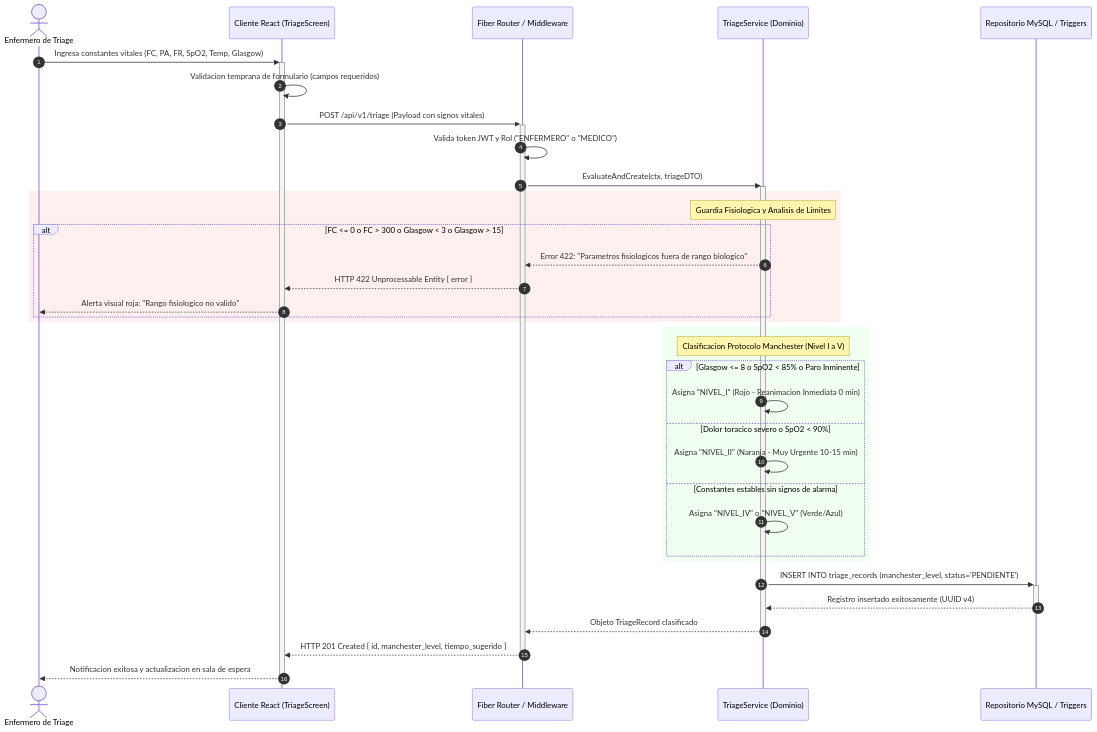
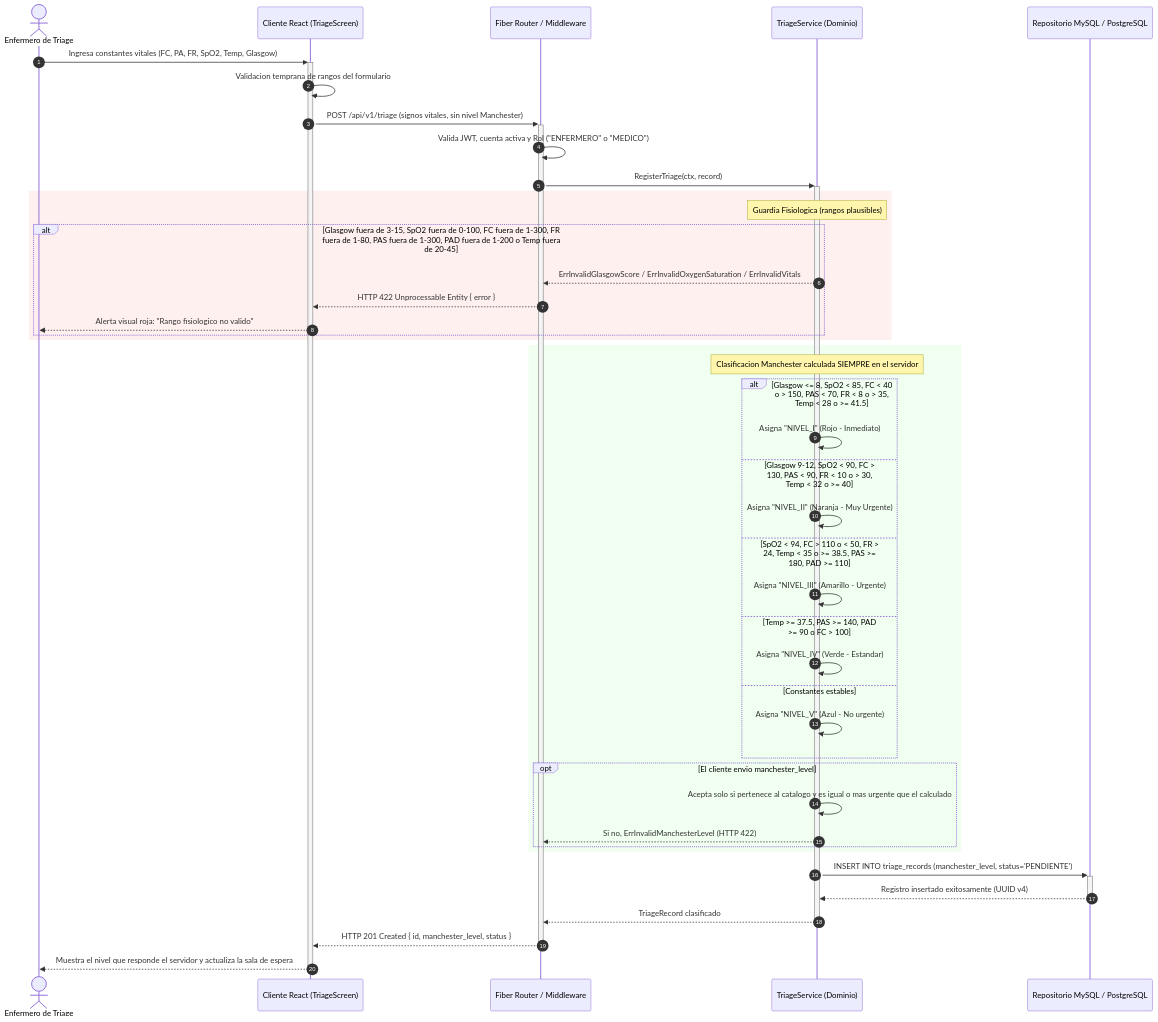
The diagram in docs/diagrams/04_secuencia_triaje.mmd (ThiagoVelez/Proyecto_felipe), drawn with Mermaid before and after one commit. The commit also changed other lines of this file and 39 other files, not shown here.

First line of the commit message:
docs: actualizar readme, documentos tecnicos y diagramas tras la auditoria de seguridad

```diff
--- a/docs/diagrams/04_secuencia_triaje.mmd
+++ b/docs/diagrams/04_secuencia_triaje.mmd
@@ -1,39 +1,47 @@
 sequenceDiagram
     autonumber
     actor Enfermero as Enfermero de Triage
     participant Frontend as Cliente React (TriageScreen)
     participant API as Fiber Router / Middleware
     participant Service as TriageService (Dominio)
-    participant DB as Repositorio MySQL / Triggers
+    participant DB as Repositorio MySQL / PostgreSQL
 
     Enfermero->>+Frontend: Ingresa constantes vitales (FC, PA, FR, SpO2, Temp, Glasgow)
-    Frontend->>Frontend: Validacion temprana de formulario (campos requeridos)
-    Frontend->>+API: POST /api/v1/triage (Payload con signos vitales)
-    API->>API: Valida token JWT y Rol ("ENFERMERO" o "MEDICO")
-    API->>+Service: EvaluateAndCreate(ctx, triageDTO)
+    Frontend->>Frontend: Validacion temprana de rangos del formulario
+    Frontend->>+API: POST /api/v1/triage (signos vitales, sin nivel Manchester)
+    API->>API: Valida JWT, cuenta activa y Rol ("ENFERMERO" o "MEDICO")
+    API->>+Service: RegisterTriage(ctx, record)
 
     rect rgb(255, 240, 240)
-        Note over Service: Guardia Fisiologica y Analisis de Limites
-        alt FC <= 0 o FC > 300 o Glasgow < 3 o Glasgow > 15
-            Service-->>API: Error 422: "Parametros fisiologicos fuera de rango biologico"
+        Note over Service: Guardia Fisiologica (rangos plausibles)
+        alt Glasgow fuera de 3-15, SpO2 fuera de 0-100, FC fuera de 1-300, FR fuera de 1-80, PAS fuera de 1-300, PAD fuera de 1-200 o Temp fuera de 20-45
+            Service-->>API: ErrInvalidGlasgowScore / ErrInvalidOxygenSaturation / ErrInvalidVitals
             API-->>Frontend: HTTP 422 Unprocessable Entity { error }
             Frontend-->>Enfermero: Alerta visual roja: "Rango fisiologico no valido"
         end
     end
 
     rect rgb(240, 255, 240)
-        Note over Service: Clasificacion Protocolo Manchester (Nivel I a V)
-        alt Glasgow <= 8 o SpO2 < 85% o Paro Inminente
-            Service->>Service: Asigna "NIVEL_I" (Rojo - Reanimacion Inmediata 0 min)
-        else Dolor toracico severo o SpO2 < 90%
-            Service->>Service: Asigna "NIVEL_II" (Naranja - Muy Urgente 10-15 min)
-        else Constantes estables sin signos de alarma
-            Service->>Service: Asigna "NIVEL_IV" o "NIVEL_V" (Verde/Azul)
+        Note over Service: Clasificacion Manchester calculada SIEMPRE en el servidor
+        alt Glasgow <= 8, SpO2 < 85, FC < 40 o > 150, PAS < 70, FR < 8 o > 35, Temp < 28 o >= 41.5
+            Service->>Service: Asigna "NIVEL_I" (Rojo - Inmediato)
+        else Glasgow 9-12, SpO2 < 90, FC > 130, PAS < 90, FR < 10 o > 30, Temp < 32 o >= 40
+            Service->>Service: Asigna "NIVEL_II" (Naranja - Muy Urgente)
+        else SpO2 < 94, FC > 110 o < 50, FR > 24, Temp < 35 o >= 38.5, PAS >= 180, PAD >= 110
+            Service->>Service: Asigna "NIVEL_III" (Amarillo - Urgente)
+        else Temp >= 37.5, PAS >= 140, PAD >= 90 o FC > 100
+            Service->>Service: Asigna "NIVEL_IV" (Verde - Estandar)
+        else Constantes estables
+            Service->>Service: Asigna "NIVEL_V" (Azul - No urgente)
+        end
+        opt El cliente envio manchester_level
+            Service->>Service: Acepta solo si pertenece al catalogo y es igual o mas urgente que el calculado
+            Service-->>API: Si no, ErrInvalidManchesterLevel (HTTP 422)
         end
     end
 
     Service->>+DB: INSERT INTO triage_records (manchester_level, status='PENDIENTE')
     DB-->>-Service: Registro insertado exitosamente (UUID v4)
-    Service-->>-API: Objeto TriageRecord clasificado
-    API-->>-Frontend: HTTP 201 Created { id, manchester_level, tiempo_sugerido }
-    Frontend-->>-Enfermero: Notificacion exitosa y actualizacion en sala de espera
+    Service-->>-API: TriageRecord clasificado
+    API-->>-Frontend: HTTP 201 Created { id, manchester_level, status }
+    Frontend-->>-Enfermero: Muestra el nivel que responde el servidor y actualiza la sala de espera
```
